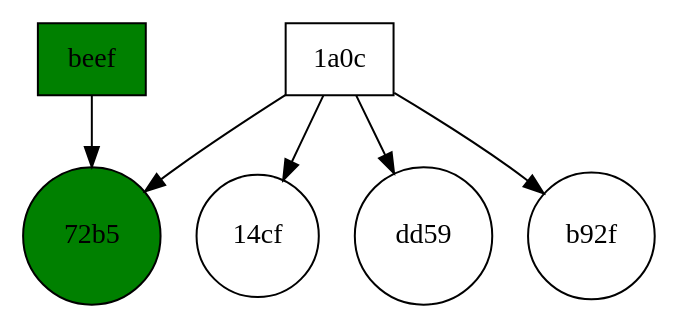
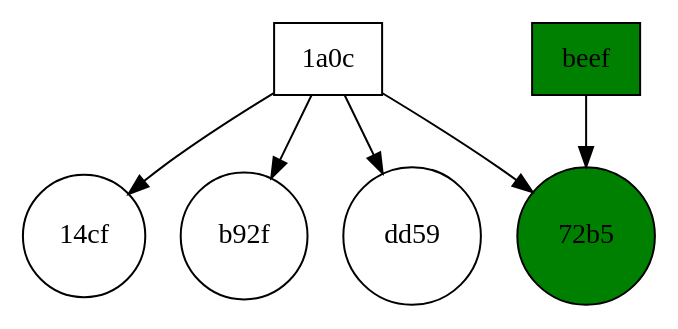
The diagram in doctest-output/visitor.gv (ziyadalrasbi/F20SC-CW2), drawn with Graphviz before and after one commit. The commit also changed other lines of this file and 2 other files, not shown here.

```diff
--- a/doctest-output/visitor.gv
+++ b/doctest-output/visitor.gv
@@ -1,19 +1,19 @@
 digraph visitor {
 	graph [rank=min]
 	node [shape=rectangle]
 	"4108dc09bfe11a0c" [label="1a0c" fillcolor=white shape=rectangle style=filled]
+	"4108dc09bfe11a0c" -> "101122221951-00000000a695c340822e61891c8f14cf"
+	"4108dc09bfe11a0c" -> "100806172045-0000000081705fbea3553bd0d745b92f"
+	"4108dc09bfe11a0c" -> "100405170355-00000000ee4bfd24d2ff703b9147dd59"
 	"4108dc09bfe11a0c" -> "100806162735-00000000115598650cb8b514246272b5"
-	"4108dc09bfe11a0c" -> "101122221951-00000000a695c340822e61891c8f14cf"
-	"4108dc09bfe11a0c" -> "100405170355-00000000ee4bfd24d2ff703b9147dd59"
-	"4108dc09bfe11a0c" -> "100806172045-0000000081705fbea3553bd0d745b92f"
 	"00000000deadbeef" [label=beef fillcolor=green shape=rectangle style=filled]
 	"00000000deadbeef" -> "100806162735-00000000115598650cb8b514246272b5"
 	subgraph document {
 		graph [rank=max shape=circle]
 		node [shape=circle]
 		"100806162735-00000000115598650cb8b514246272b5" [label="72b5" fillcolor=green shape=circle style=filled]
 		"101122221951-00000000a695c340822e61891c8f14cf" [label="14cf" fillcolor=white shape=circle style=filled]
+		"100806172045-0000000081705fbea3553bd0d745b92f" [label=b92f fillcolor=white shape=circle style=filled]
 		"100405170355-00000000ee4bfd24d2ff703b9147dd59" [label=dd59 fillcolor=white shape=circle style=filled]
-		"100806172045-0000000081705fbea3553bd0d745b92f" [label=b92f fillcolor=white shape=circle style=filled]
 	}
 }
```
